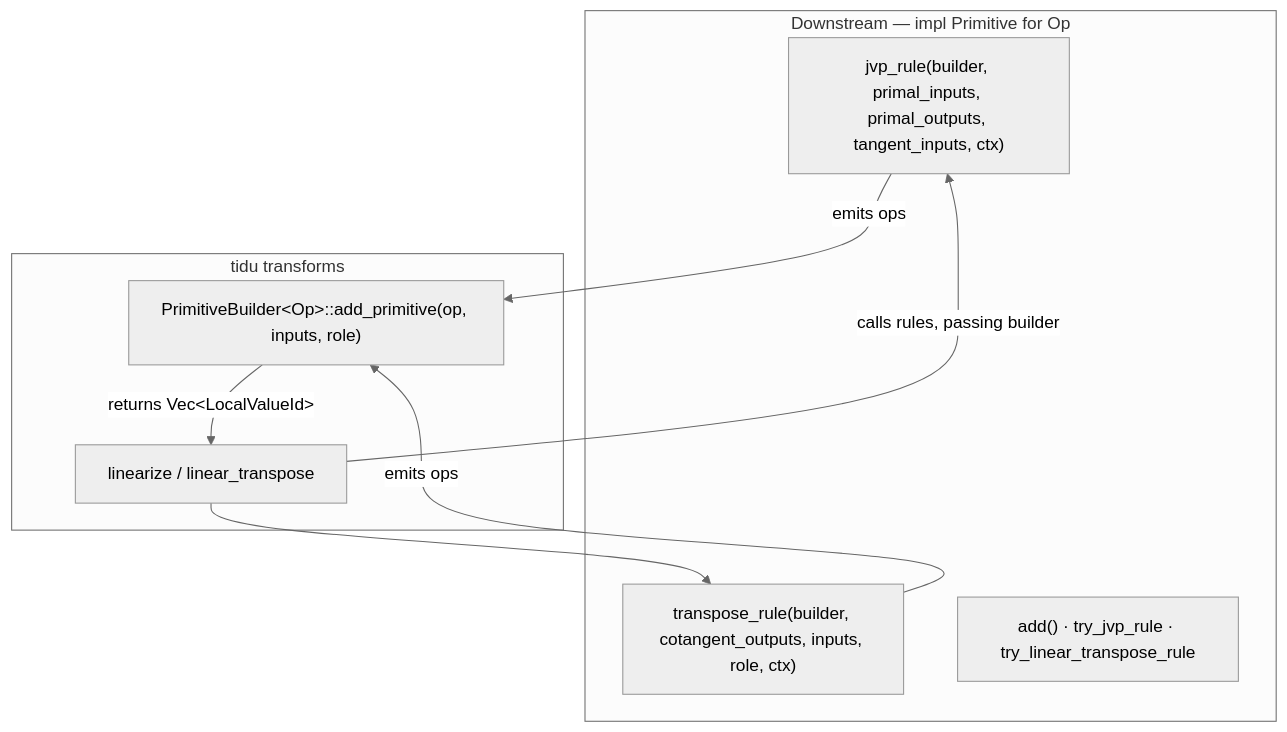
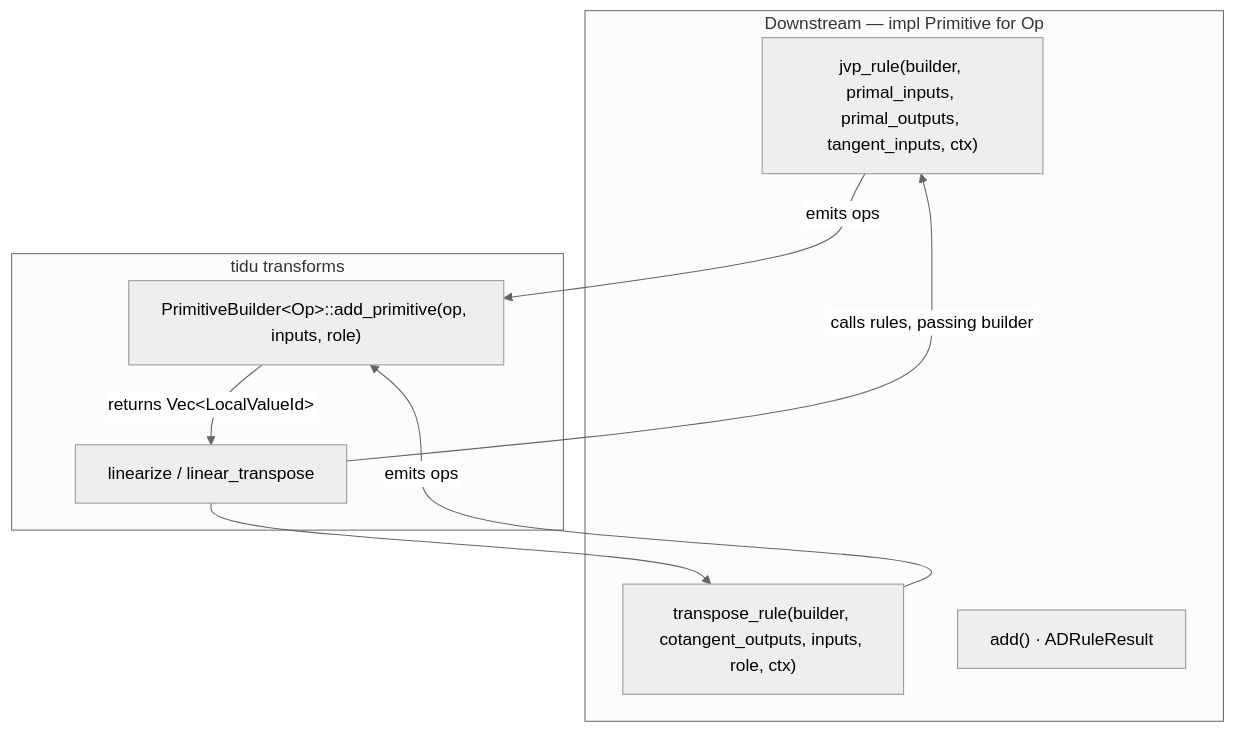
Before and after one commit to tensor4all/tidu-rs: the third of 3 diagrams in docs/architecture/overview.qmd, drawn with Mermaid (neutral theme). The commit also changed other lines of this file and 40 other files, not shown here.

````diff
--- a/docs/architecture/overview.qmd
+++ b/docs/architecture/overview.qmd
@@ -57,17 +57,17 @@
 ```{mermaid}
 flowchart TB
   subgraph DOWN["Downstream — impl Primitive for Op"]
     J["jvp_rule(builder, primal_inputs, primal_outputs, tangent_inputs, ctx)"]
     T["transpose_rule(builder, cotangent_outputs, inputs, role, ctx)"]
-    A["add() · try_jvp_rule · try_linear_transpose_rule"]
+    A["add() · ADRuleResult"]
   end
   subgraph TIDU["tidu transforms"]
     L["linearize / linear_transpose"]
     B["PrimitiveBuilder&lt;Op&gt;::add_primitive(op, inputs, role)"]
   end
   L -->|"calls rules, passing builder"| J
   L --> T
   J -->|emits ops| B
   T -->|emits ops| B
   B -->|"returns Vec&lt;LocalValueId&gt;"| L
 ```
````
